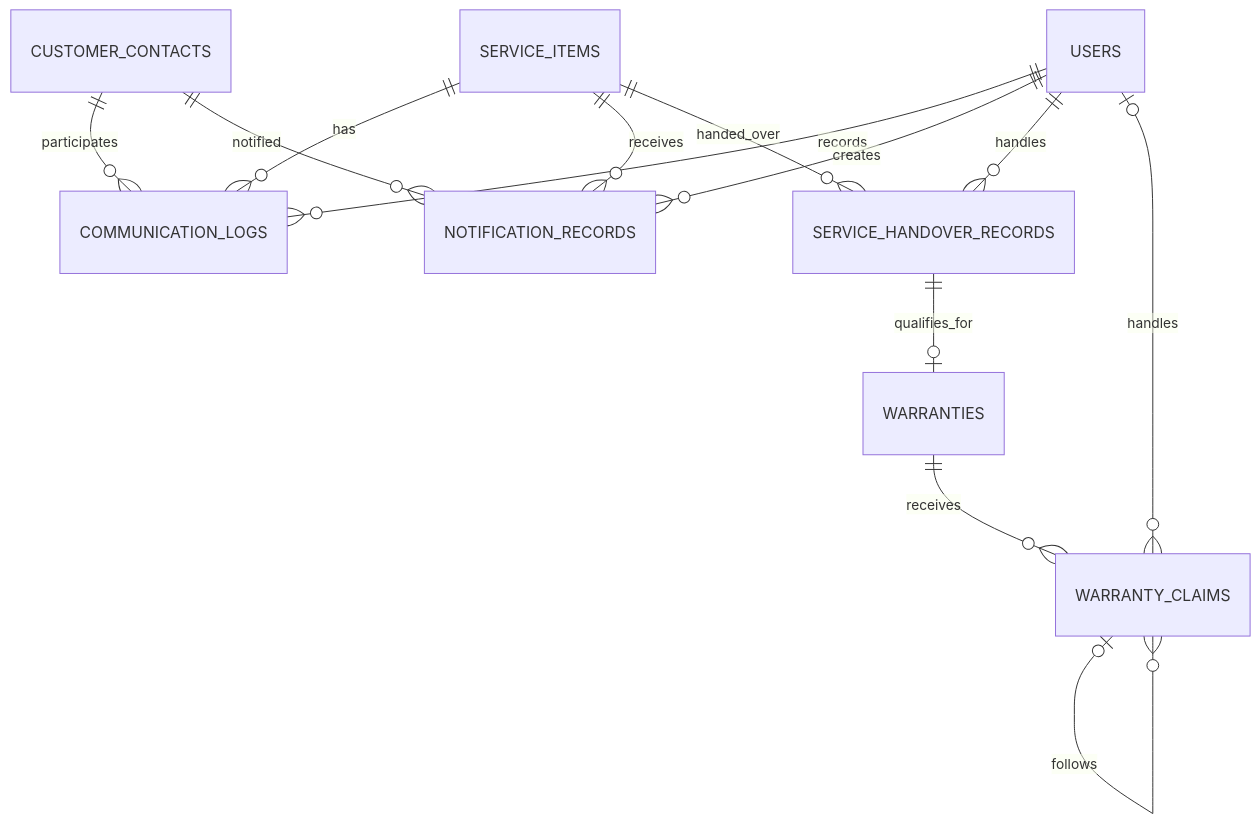
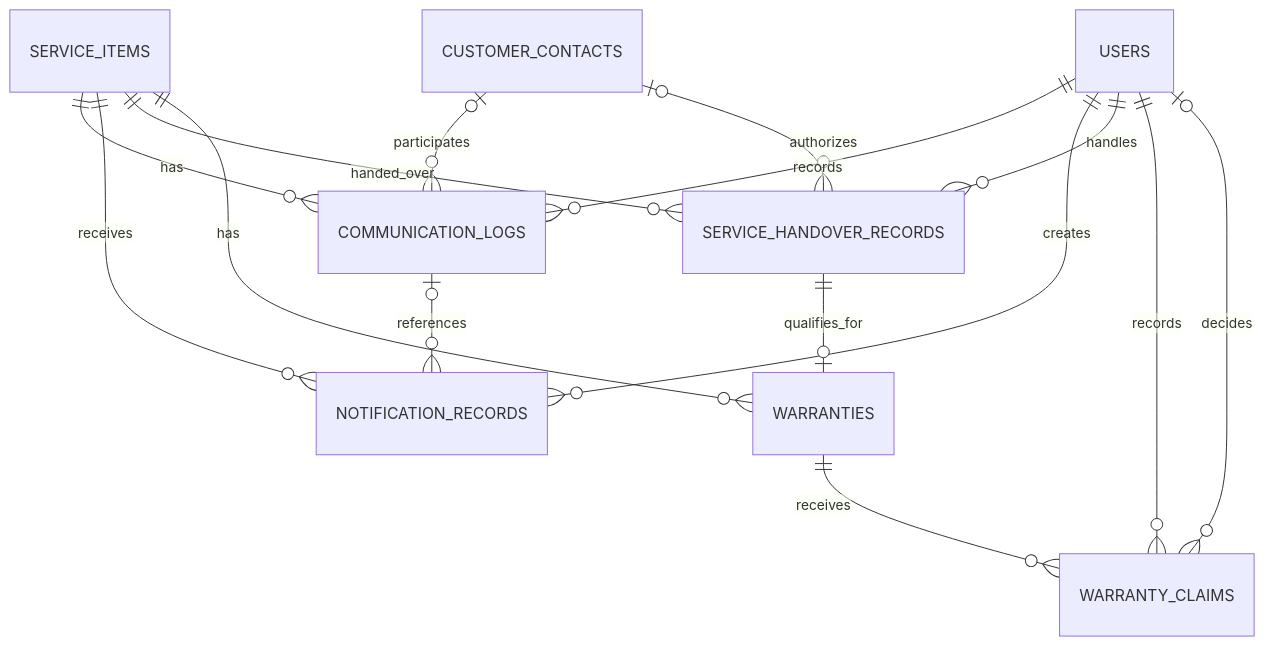
One commit to rioaristapratama/electronics-service-management-system changed the seventh of 8 diagrams in docs/02-database/ERD.md. Above: the diagram before and after it, drawn with Mermaid. The commit also changed other lines of this file and 87 other files, not shown here.

````diff
--- a/docs/02-database/ERD.md
+++ b/docs/02-database/ERD.md
@@ -345,15 +351,20 @@
-```mermaid id="aftersales01"
+```mermaid
 erDiagram
     SERVICE_ITEMS ||--o{ COMMUNICATION_LOGS : has
-    CUSTOMER_CONTACTS ||--o{ COMMUNICATION_LOGS : participates
+    CUSTOMER_CONTACTS o|--o{ COMMUNICATION_LOGS : participates
     USERS ||--o{ COMMUNICATION_LOGS : records
+
     SERVICE_ITEMS ||--o{ NOTIFICATION_RECORDS : receives
-    CUSTOMER_CONTACTS ||--o{ NOTIFICATION_RECORDS : notified
+    COMMUNICATION_LOGS o|--o{ NOTIFICATION_RECORDS : references
     USERS ||--o{ NOTIFICATION_RECORDS : creates
+
     SERVICE_ITEMS ||--o{ SERVICE_HANDOVER_RECORDS : handed_over
     USERS ||--o{ SERVICE_HANDOVER_RECORDS : handles
+    CUSTOMER_CONTACTS o|--o{ SERVICE_HANDOVER_RECORDS : authorizes
+
     SERVICE_HANDOVER_RECORDS ||--o| WARRANTIES : qualifies_for
+    SERVICE_ITEMS ||--o{ WARRANTIES : has
     WARRANTIES ||--o{ WARRANTY_CLAIMS : receives
-    WARRANTY_CLAIMS o|--o{ WARRANTY_CLAIMS : follows
-    USERS o|--o{ WARRANTY_CLAIMS : handles
+    USERS ||--o{ WARRANTY_CLAIMS : records
+    USERS o|--o{ WARRANTY_CLAIMS : decides
 ```
````
